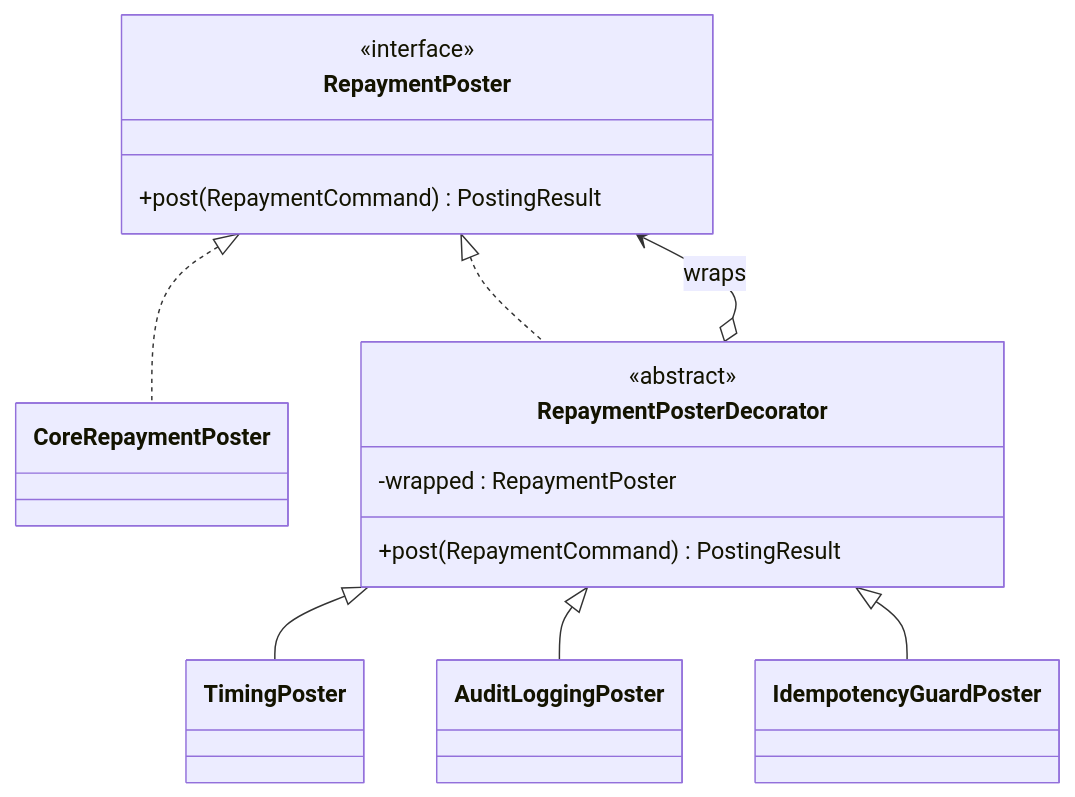
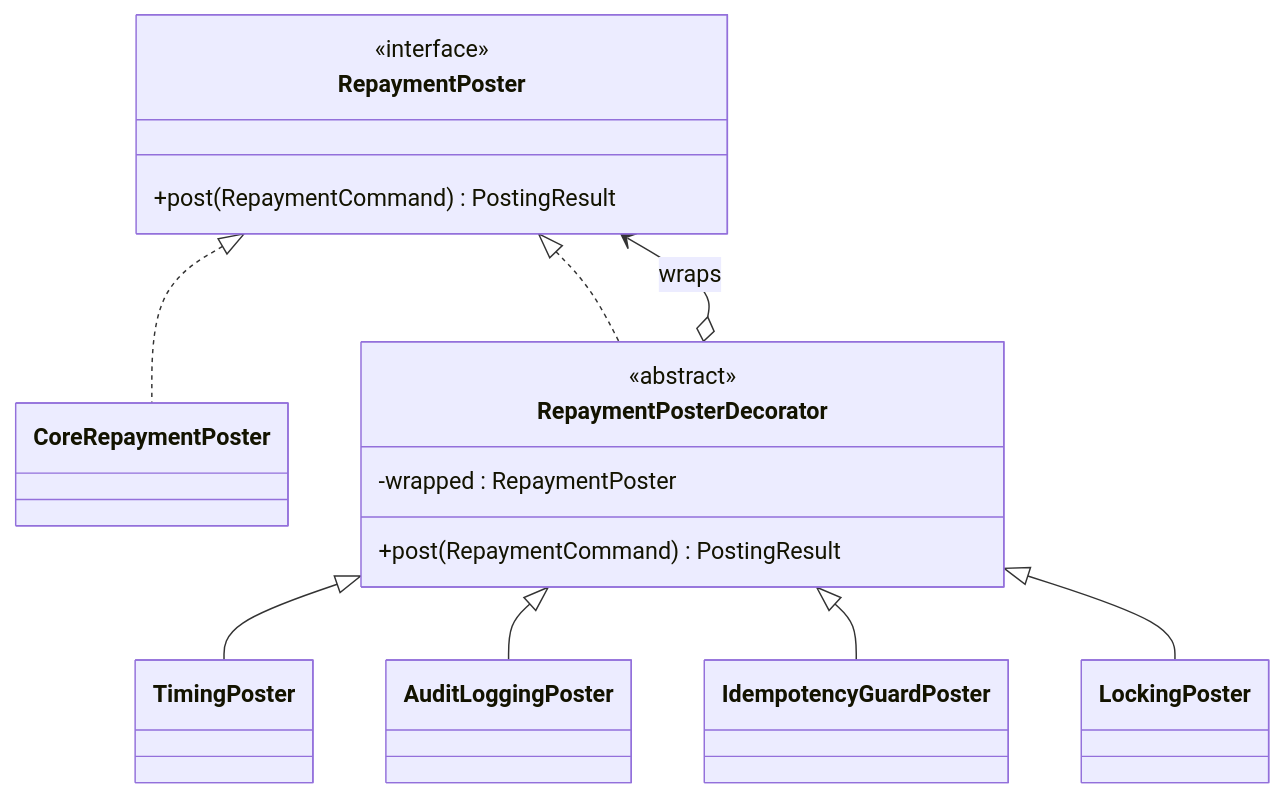
One commit to MicroLend-SE423/microlend changed the second of 3 diagrams in docs/M2-SE423-Architecture-Implementation.md. Above: the diagram before and after it, drawn with Mermaid. The commit also changed other lines of this file and 1 other file, not shown here.

````diff
--- a/docs/M2-SE423-Architecture-Implementation.md
+++ b/docs/M2-SE423-Architecture-Implementation.md
@@ -116,22 +142,24 @@
 ```mermaid
 classDiagram
     class RepaymentPoster {
       <<interface>>
       +post(RepaymentCommand) PostingResult
     }
     class CoreRepaymentPoster
     class RepaymentPosterDecorator {
       <<abstract>>
       -wrapped : RepaymentPoster
       +post(RepaymentCommand) PostingResult
     }
     class TimingPoster
     class AuditLoggingPoster
     class IdempotencyGuardPoster
+    class LockingPoster
     RepaymentPoster <|.. CoreRepaymentPoster
     RepaymentPoster <|.. RepaymentPosterDecorator
     RepaymentPosterDecorator o--> RepaymentPoster : wraps
     RepaymentPosterDecorator <|-- TimingPoster
     RepaymentPosterDecorator <|-- AuditLoggingPoster
     RepaymentPosterDecorator <|-- IdempotencyGuardPoster
+    RepaymentPosterDecorator <|-- LockingPoster
 ```
````
